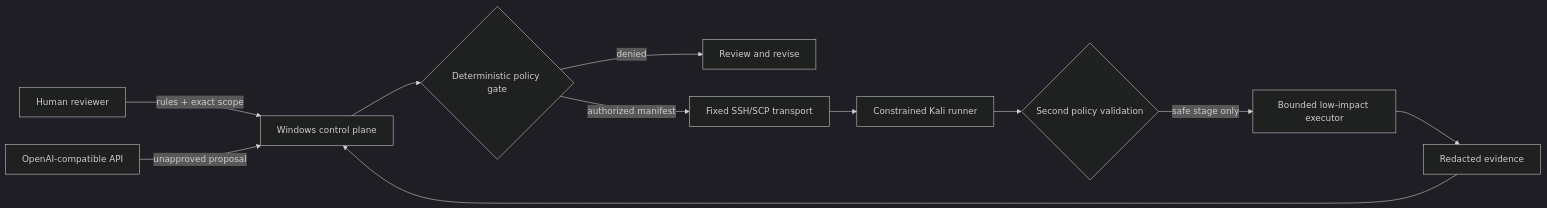
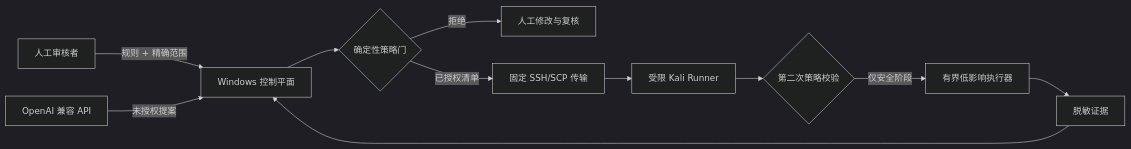
Before and after one commit to C-8H11N/aegis-scope: the diagram in README.md, drawn with Mermaid (dark theme). The commit also changed other lines of this file and 3 other files, not shown here.

````diff
--- a/README.md
+++ b/README.md
@@ -86,13 +86,13 @@
 ```mermaid
 flowchart LR
-    U["Human reviewer"] -->|"rules + exact scope"| W["Windows control plane"]
-    M["OpenAI-compatible API"] -->|"unapproved proposal"| W
-    W --> P{"Deterministic policy gate"}
-    P -->|"denied"| R["Review and revise"]
-    P -->|"authorized manifest"| T["Fixed SSH/SCP transport"]
-    T --> K["Constrained Kali runner"]
-    K --> P2{"Second policy validation"}
-    P2 -->|"safe stage only"| E["Bounded low-impact executor"]
-    E --> D["Redacted evidence"]
+    U["人工审核者"] -->|"规则 + 精确范围"| W["Windows 控制平面"]
+    M["OpenAI 兼容 API"] -->|"未授权提案"| W
+    W --> P{"确定性策略门"}
+    P -->|"拒绝"| R["人工修改与复核"]
+    P -->|"已授权清单"| T["固定 SSH/SCP 传输"]
+    T --> K["受限 Kali Runner"]
+    K --> P2{"第二次策略校验"}
+    P2 -->|"仅安全阶段"| E["有界低影响执行器"]
+    E --> D["脱敏证据"]
     D --> W
 ```
````
